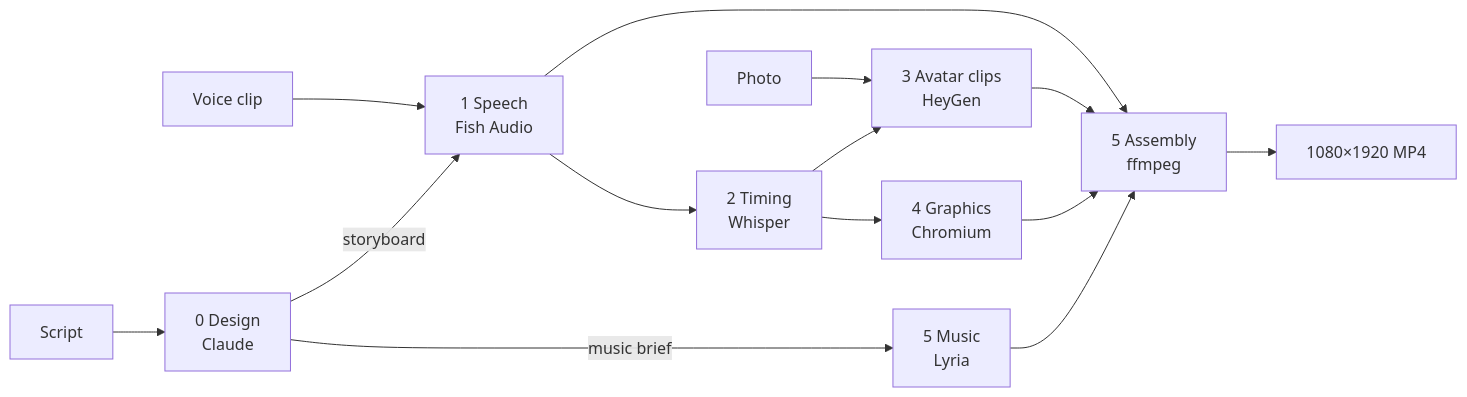
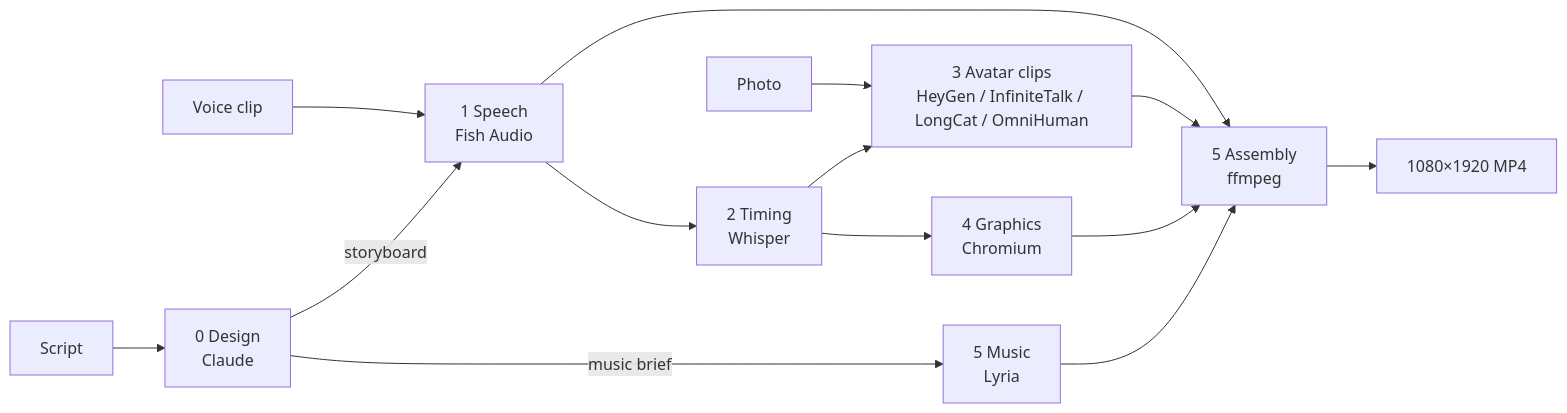
Before and after one commit to mahinuralam/reel_video_generation: the diagram in README.md, drawn with Mermaid. The commit also changed other lines of this file and 49 other files, not shown here.

````diff
--- a/README.md
+++ b/README.md
@@ -8,16 +9,16 @@
 ```mermaid
 flowchart LR
     S[Script] --> D["0 Design<br/>Claude"]
     V[Voice clip] --> SP["1 Speech<br/>Fish Audio"]
-    P[Photo] --> F["3 Avatar clips<br/>HeyGen"]
+    P[Photo] --> F["3 Avatar clips<br/>HeyGen / InfiniteTalk / LongCat / OmniHuman"]
     D -- storyboard --> SP
     SP --> T["2 Timing<br/>Whisper"]
     T --> F
     T --> G["4 Graphics<br/>Chromium"]
     D -- music brief --> M["5 Music<br/>Lyria"]
     SP --> A["5 Assembly<br/>ffmpeg"]
     F --> A
     G --> A
     M --> A
     A --> O[1080×1920 MP4]
 ```
````
